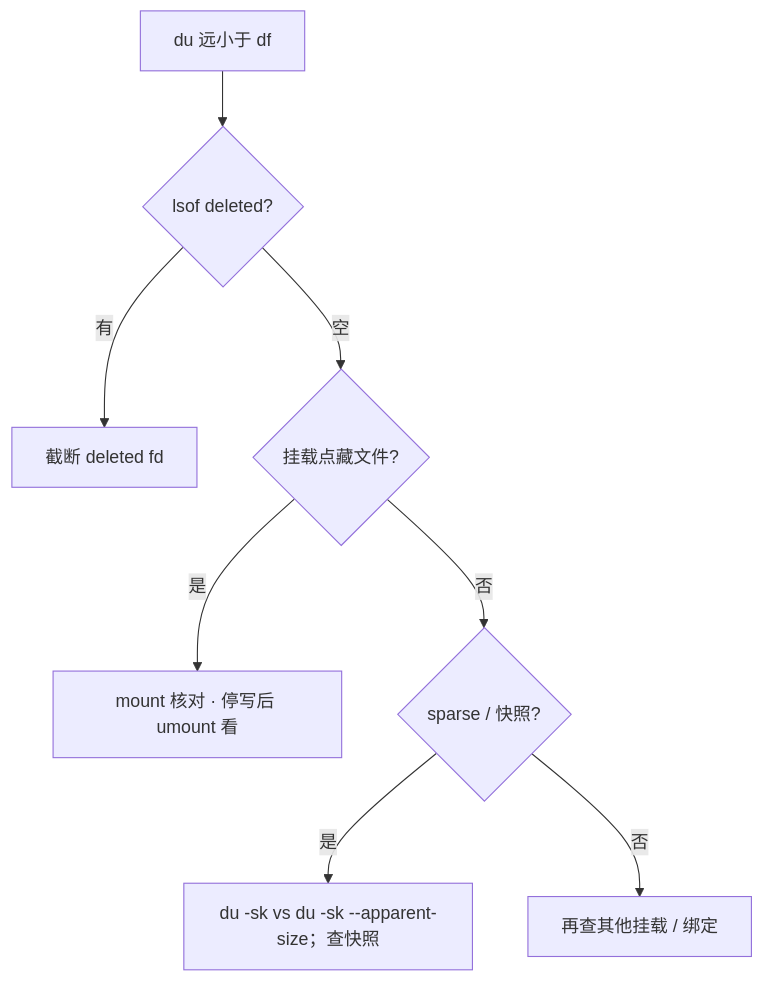
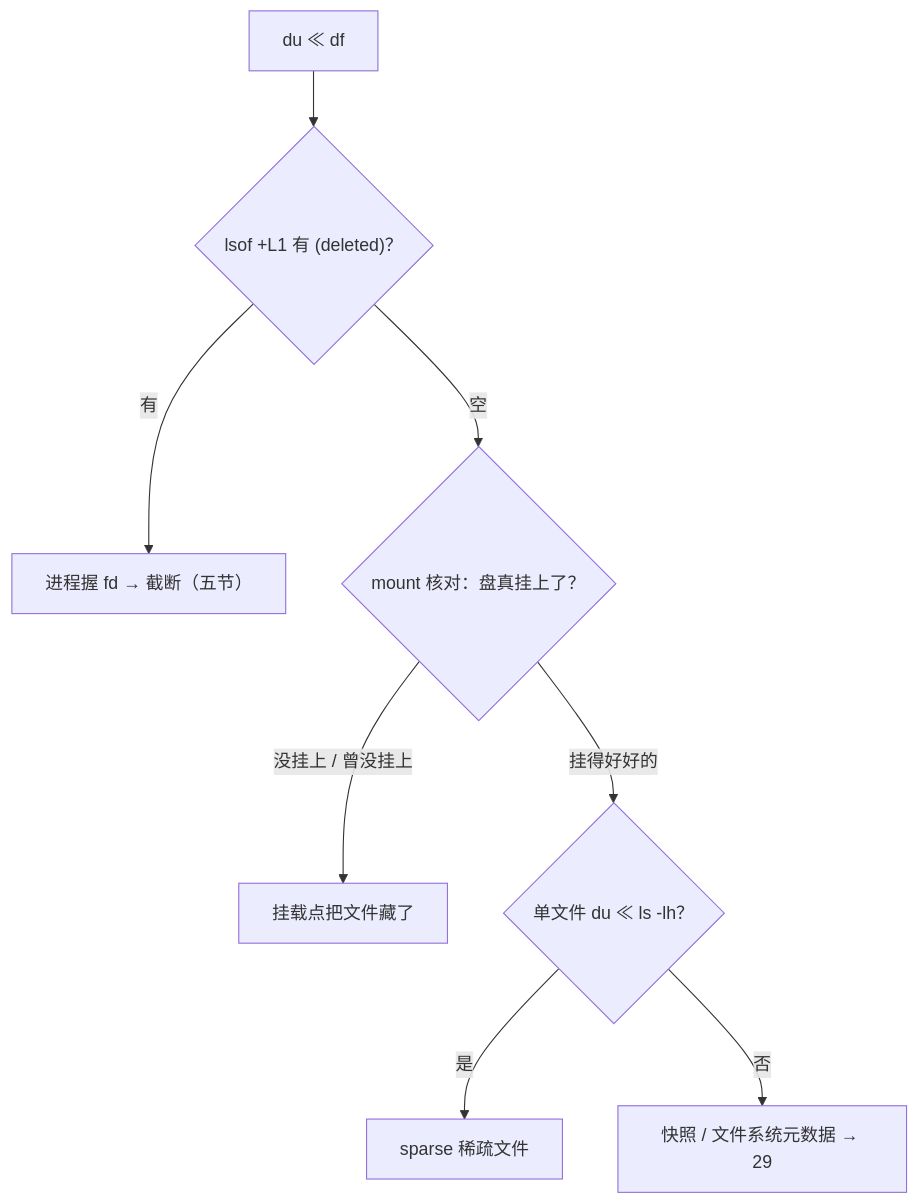
One commit to ml-cuizijun/LearnToLilith changed the seventh of 8 diagrams in 01-基础底座/09-文件系统与inode/知识点.md. Above: the diagram before and after it, drawn with Mermaid. The commit also changed other lines of this file and 470 other files, not shown here.

````diff
--- a/01-基础底座/09-文件系统与inode/知识点.md
+++ b/01-基础底座/09-文件系统与inode/知识点.md
@@ -664,10 +374,10 @@
 ```mermaid
 flowchart TB
-    A["du 远小于 df"] --> B{lsof deleted?}
-    B -->|有| C[截断 deleted fd]
-    B -->|空| D{挂载点藏文件?}
-    D -->|是| E[mount 核对 · 停写后 umount 看]
-    D -->|否| F{sparse / 快照?}
-    F -->|是| G[du -sk vs du -sk --apparent-size；查快照]
-    F -->|否| H[再查其他挂载 / 绑定]
+    A["du ≪ df"] --> B{"lsof +L1 有 (deleted)？"}
+    B -->|有| C["进程握 fd → 截断（五节）"]
+    B -->|空| D{"mount 核对：盘真挂上了？"}
+    D -->|没挂上 / 曾没挂上| E["挂载点把文件藏了"]
+    D -->|挂得好好的| F{"单文件 du ≪ ls -lh？"}
+    F -->|是| G["sparse 稀疏文件"]
+    F -->|否| H["快照 / 文件系统元数据 → 29"]
 ```
````
